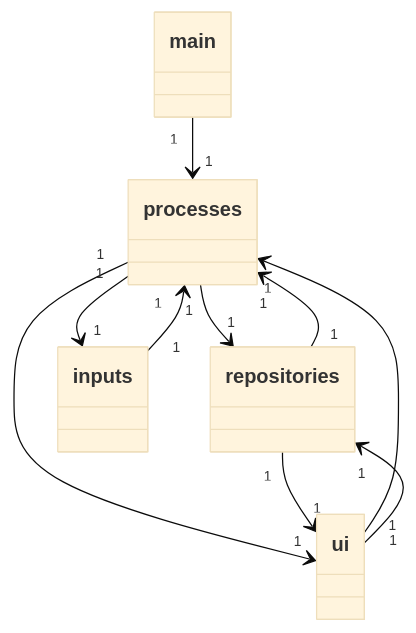
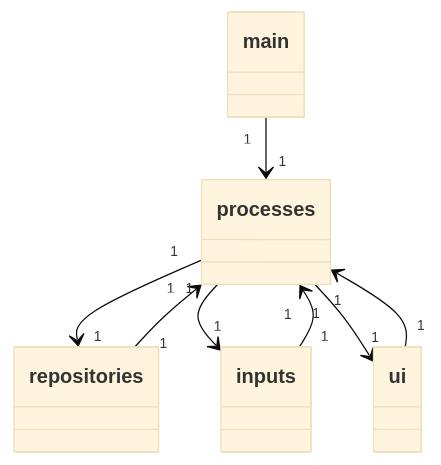
Before and after one commit to platipus82/ot-harjoitustyo: the first of 3 diagrams in dokumentaatio/arkkitehtuuri.MD, drawn with Mermaid (base theme).

````diff
--- a/dokumentaatio/arkkitehtuuri.MD
+++ b/dokumentaatio/arkkitehtuuri.MD
@@ -8,32 +8,31 @@
 ```mermaid
 classDiagram
     main "1" --> "1" processes 
     processes "1" --> "1" repositories 
     repositories "1" --> "1" processes 
     processes "1" --> "1" inputs 
     inputs "1" --> "1" processes 
     ui "1" --> "1" processes 
     processes "1" --> "1" ui 
-    ui "1" --> "1" repositories 
-    repositories "1" --> "1" ui 
+
 
     class processes{
     
     }
     
     class repositories{ 
     
     }
     
     class inputs{ 
     
     }
     
     class ui{ 
     
     }
     
     class main{ 
     
     }
 ```
````
